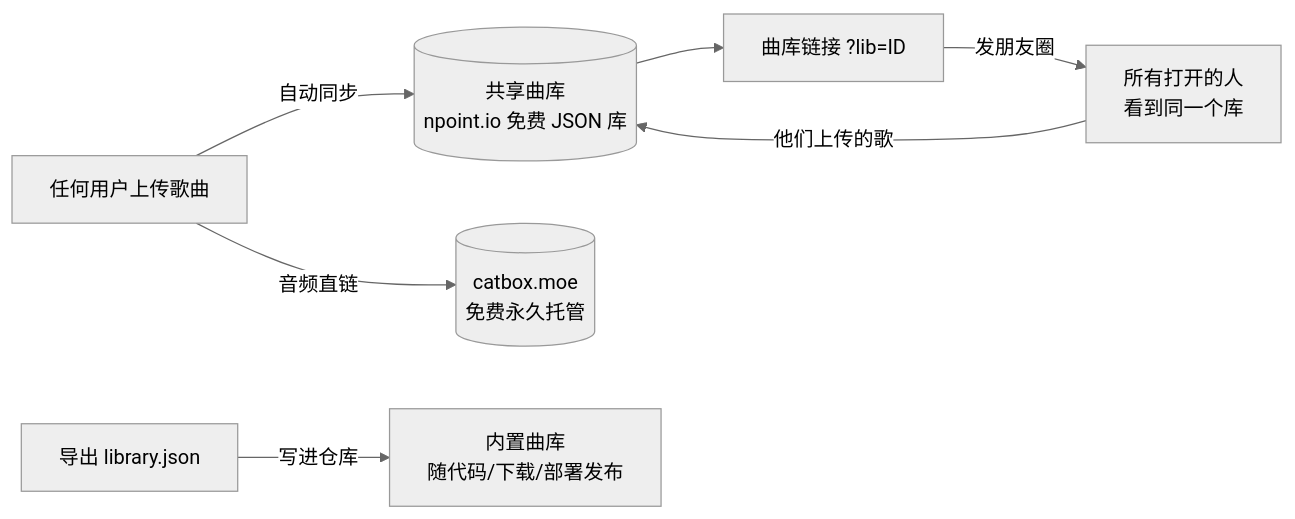
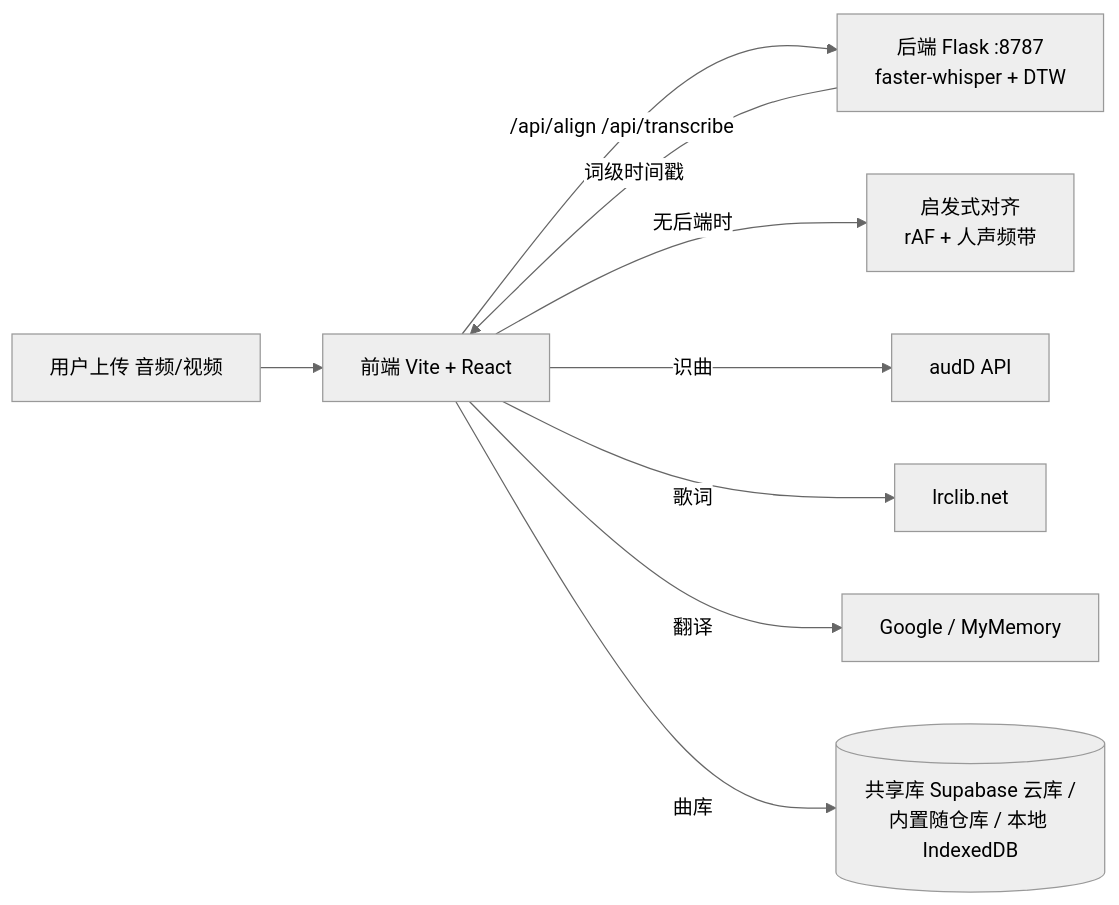
The diagram in README.md (ericzhenghao/songlearn), drawn with Mermaid (neutral theme) before and after one commit. The commit also changed other lines of this file and 30 other files, not shown here.

Commit message:
chore: 清理调试残留，更新 README（Supabase 共享库/离线翻译/单句精学句尾校准）

````diff
--- a/README.md
+++ b/README.md
@@ -43,9 +53,11 @@
 ```mermaid
 flowchart LR
-    A[任何用户上传歌曲] -->|自动同步| B[(共享曲库<br/>npoint.io 免费 JSON 库)]
-    A -->|音频直链| C[(catbox.moe<br/>免费永久托管)]
-    B --> D[曲库链接 ?lib=ID]
-    D -->|发朋友圈| E[所有打开的人<br/>看到同一个库]
-    E -->|他们上传的歌| B
-    F[导出 library.json] -->|写进仓库| G[内置曲库<br/>随代码/下载/部署发布]
+    U[用户上传 音频/视频] --> F[前端 Vite + React]
+    F -->|/api/align /api/transcribe| B[后端 Flask :8787<br/>faster-whisper + DTW]
+    B -->|词级时间戳| F
+    F -->|无后端时| H[启发式对齐<br/>rAF + 人声频带]
+    F -->|识曲| A[audD API]
+    F -->|歌词| L[lrclib.net]
+    F -->|翻译| T[Google / MyMemory]
+    F -->|曲库| S[(共享库 Supabase 云库 /<br/>内置随仓库 / 本地 IndexedDB)]
 ```
````
